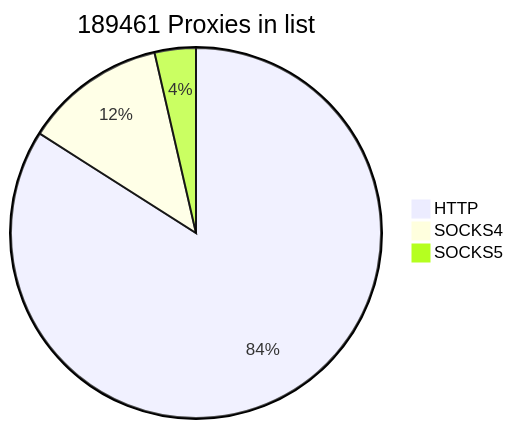
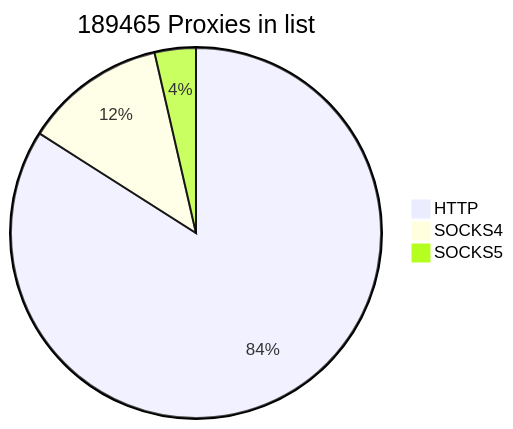
Before and after one commit to cutipu/proxylist: the first of 2 diagrams in README.md, drawn with Mermaid. The commit also changed other lines of this file, not shown here.

````diff
--- a/README.md
+++ b/README.md
@@ -2,7 +2,7 @@
 ```mermaid
-pie title 189461 Proxies in list
-    "HTTP" : 159180
-    "SOCKS4" : 23465
+pie title 189465 Proxies in list
+    "HTTP" : 159182
+    "SOCKS4" : 23467
     "SOCKS5" : 6816
             
 ```
````
